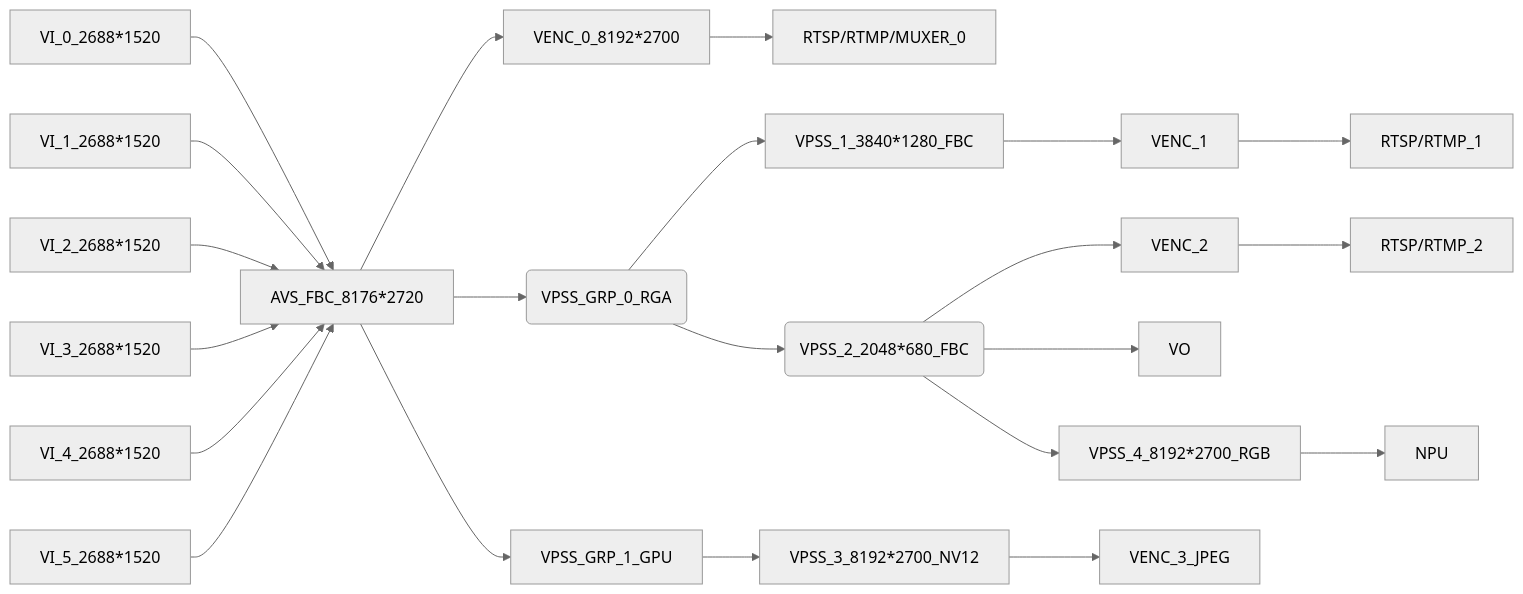
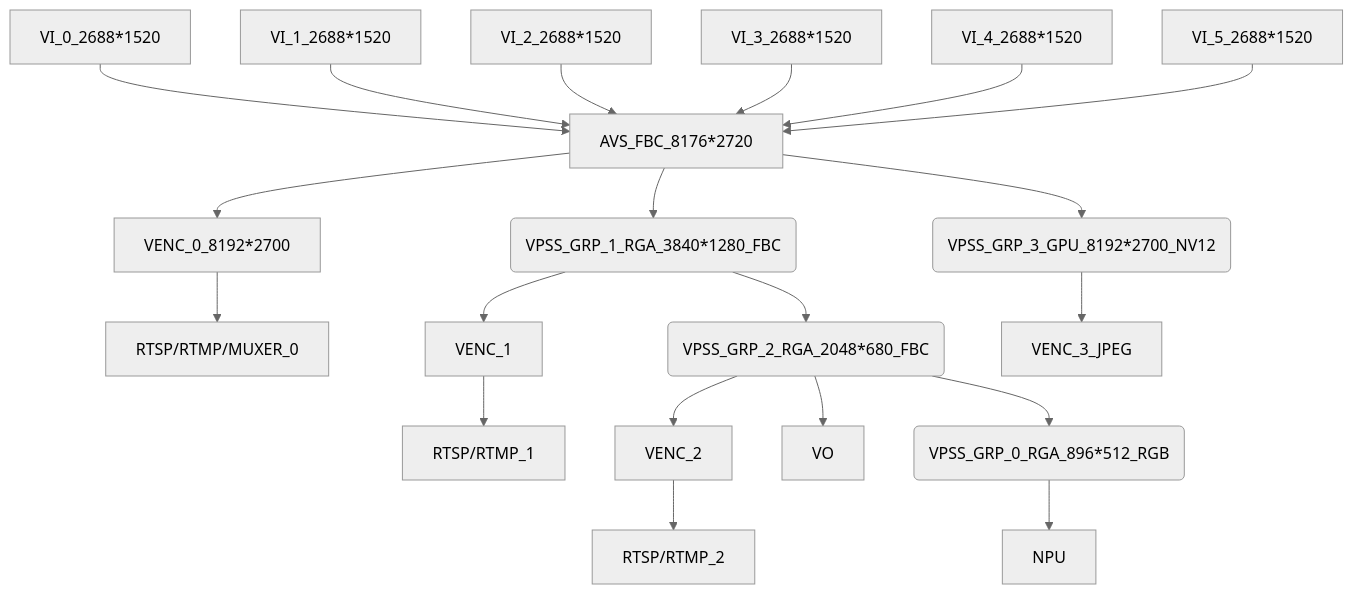
One commit to khadas/app_rkipc changed the third of 6 diagrams in Rockchip_Developer_Guide_Linux_RKIPC_CN.md. Above: the diagram before and after it, drawn with Mermaid (neutral theme). The commit also changed 2 other files, not shown here.

Commit message:
rk3588_multi_ipc: vpss is changed to level one after another to reduce bandwidth

````diff
--- a/Rockchip_Developer_Guide_Linux_RKIPC_CN.md
+++ b/Rockchip_Developer_Guide_Linux_RKIPC_CN.md
@@ -113,17 +113,16 @@
 ```mermaid
-graph LR
+graph TB
 	VI_0[VI_0_2688*1520]-->AVS[AVS_FBC_8176*2720]
 	VI_1[VI_1_2688*1520]-->AVS
 	VI_2[VI_2_2688*1520]-->AVS
 	VI_3[VI_3_2688*1520]-->AVS
 	VI_4[VI_4_2688*1520]-->AVS
 	VI_5[VI_5_2688*1520]-->AVS
-	AVS-->VPSS_GRP_0(VPSS_GRP_0_RGA)
+	AVS-->VPSS_GRP_1(VPSS_GRP_1_RGA_3840*1280_FBC)
 	AVS-->VENC_0_8192*2700-->RTSP/RTMP/MUXER_0
-	AVS-->VPSS_GRP_1_GPU
-	VPSS_GRP_0-->VPSS_1_3840*1280_FBC-->VENC_1-->RTSP/RTMP_1
-	VPSS_GRP_0-->VPSS_2(VPSS_2_2048*680_FBC)-->VENC_2-->RTSP/RTMP_2
-	VPSS_2-->VO
-	VPSS_2-->VPSS_4_8192*2700_RGB-->NPU
-	VPSS_GRP_1_GPU-->VPSS_3_8192*2700_NV12-->VENC_3_JPEG
+	VPSS_GRP_1-->VENC_1-->RTSP/RTMP_1
+	VPSS_GRP_1-->VPSS_GRP_2(VPSS_GRP_2_RGA_2048*680_FBC)-->VENC_2-->RTSP/RTMP_2
+	VPSS_GRP_2-->VO
+	VPSS_GRP_2-->VPSS_GRP_0(VPSS_GRP_0_RGA_896*512_RGB)-->NPU
+	AVS-->VPSS_GRP_3(VPSS_GRP_3_GPU_8192*2700_NV12)-->VENC_3_JPEG
 ```
````
